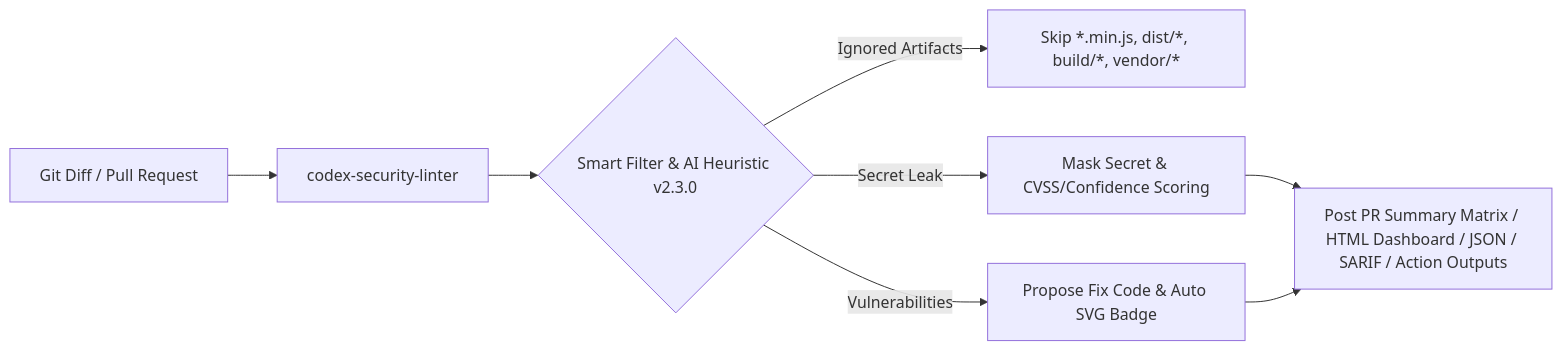
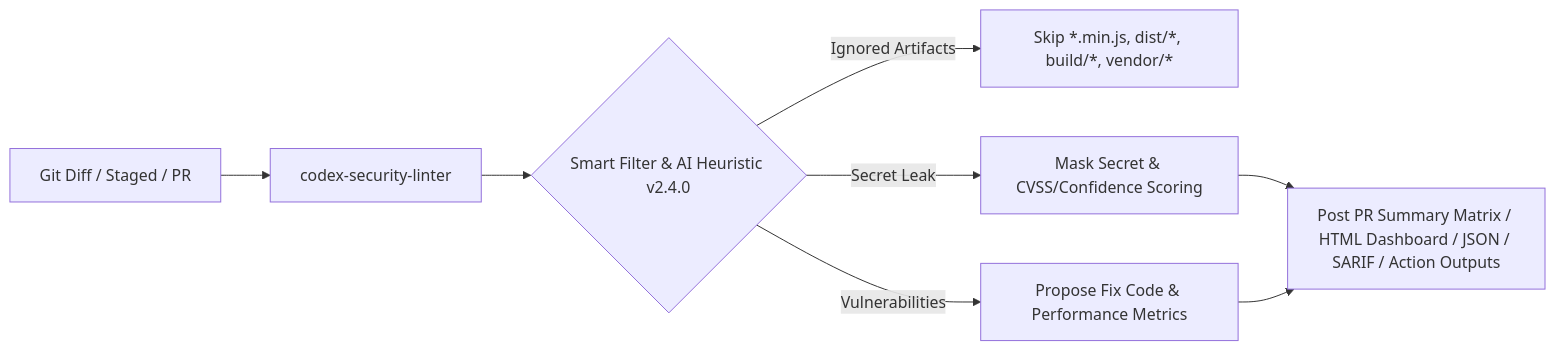
One commit to knmt1219/codex-security-linter changed the diagram in README.md. Above: the diagram before and after it, drawn with Mermaid. The commit also changed other lines of this file and 3 other files, not shown here.

Commit message:
feat(v2.4.0): add staged git diff scan mode and audit performance metrics

````diff
--- a/README.md
+++ b/README.md
@@ -16,9 +16,9 @@
 ```mermaid
 graph LR
-    A[Git Diff / Pull Request] --> B[codex-security-linter]
-    B --> C{Smart Filter & AI Heuristic v2.3.0}
+    A[Git Diff / Staged / PR] --> B[codex-security-linter]
+    B --> C{Smart Filter & AI Heuristic v2.4.0}
     C -->|Ignored Artifacts| D[Skip *.min.js, dist/*, build/*, vendor/*]
     C -->|Secret Leak| E[Mask Secret & CVSS/Confidence Scoring]
-    C -->|Vulnerabilities| F[Propose Fix Code & Auto SVG Badge]
+    C -->|Vulnerabilities| F[Propose Fix Code & Performance Metrics]
     E & F --> G[Post PR Summary Matrix / HTML Dashboard / JSON / SARIF / Action Outputs]
 ```
````
